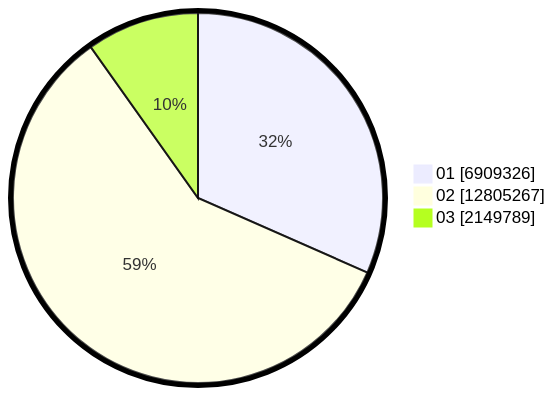
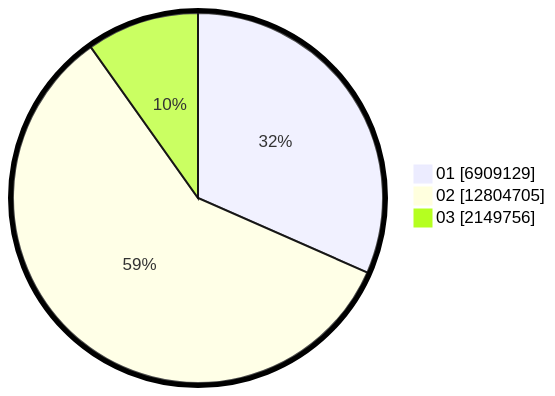
The second of 2 diagrams in pilpres/hitung-suara/sub/table-wilayah-32.md (gigit-pemilu/pemilu-2024), drawn with Mermaid before and after one commit. The commit also changed other lines of this file and 10 other files, not shown here.

````diff
--- a/pilpres/hitung-suara/sub/table-wilayah-32.md
+++ b/pilpres/hitung-suara/sub/table-wilayah-32.md
@@ -15,7 +15,7 @@
 ```mermaid
 %%{init: {"pie": {"textPosition": 0.5}, "themeVariables": {"pieOuterStrokeWidth": "5px"}} }%%
 pie showData
-    "01" : 6909326
-    "02" : 12805267
-    "03" : 2149789
+    "01" : 6909129
+    "02" : 12804705
+    "03" : 2149756
 ```
````
